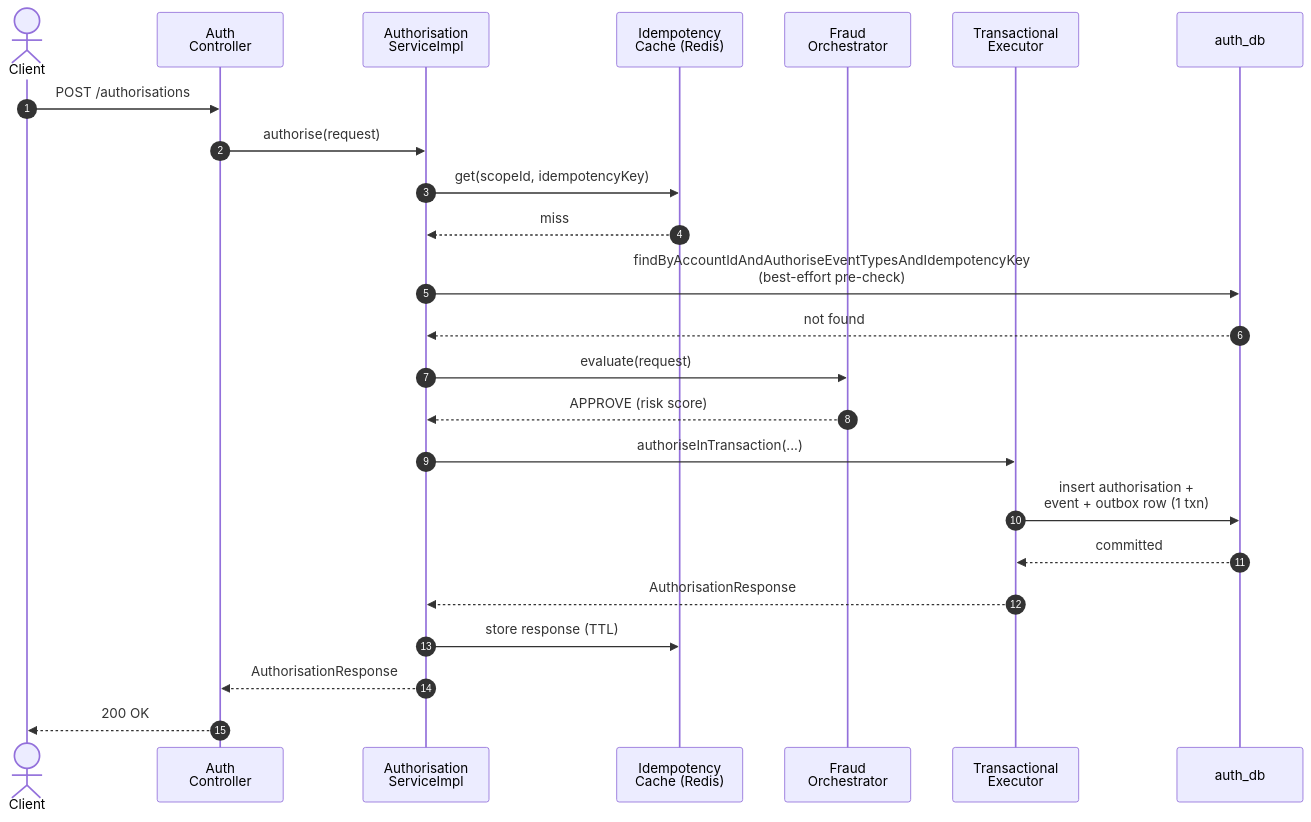
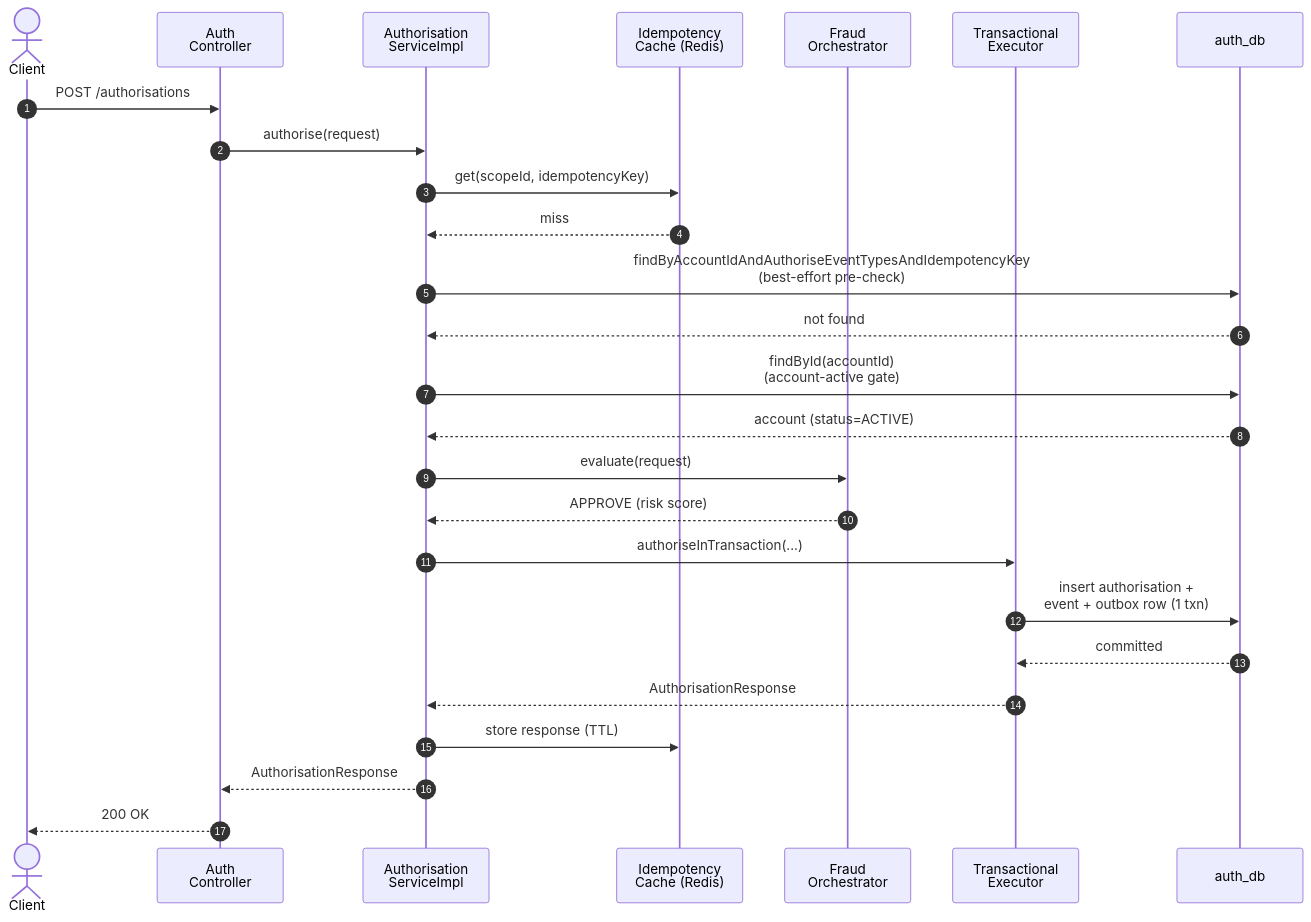
Before and after one commit to ShirongQuan/payment-platform: the diagram in docs/architecture/diagrams/authorise-happy-path.mmd, drawn with Mermaid. The commit also changed 12 other files, not shown here.

Commit message:
Update documentation and diagrams

```diff
--- a/docs/architecture/diagrams/authorise-happy-path.mmd
+++ b/docs/architecture/diagrams/authorise-happy-path.mmd
@@ -1,25 +1,27 @@
 sequenceDiagram
     autonumber
     actor Client
     participant Ctrl as Auth<br/>Controller
     participant Svc as Authorisation<br/>ServiceImpl
     participant Cache as Idempotency<br/>Cache (Redis)
     participant Fraud as Fraud<br/>Orchestrator
     participant Exec as Transactional<br/>Executor
     participant DB as auth_db
 
     Client ->> Ctrl: POST /authorisations
     Ctrl ->> Svc: authorise(request)
     Svc ->> Cache: get(scopeId, idempotencyKey)
     Cache -->> Svc: miss
     Svc ->> DB: findByAccountIdAndAuthoriseEventTypesAndIdempotencyKey<br/>(best-effort pre-check)
     DB -->> Svc: not found
+    Svc ->> DB: findById(accountId)<br/>(account-active gate)
+    DB -->> Svc: account (status=ACTIVE)
     Svc ->> Fraud: evaluate(request)
     Fraud -->> Svc: APPROVE (risk score)
     Svc ->> Exec: authoriseInTransaction(...)
     Exec ->> DB: insert authorisation +<br/>event + outbox row (1 txn)
     DB -->> Exec: committed
     Exec -->> Svc: AuthorisationResponse
     Svc ->> Cache: store response (TTL)
     Svc -->> Ctrl: AuthorisationResponse
     Ctrl -->> Client: 200 OK
```
